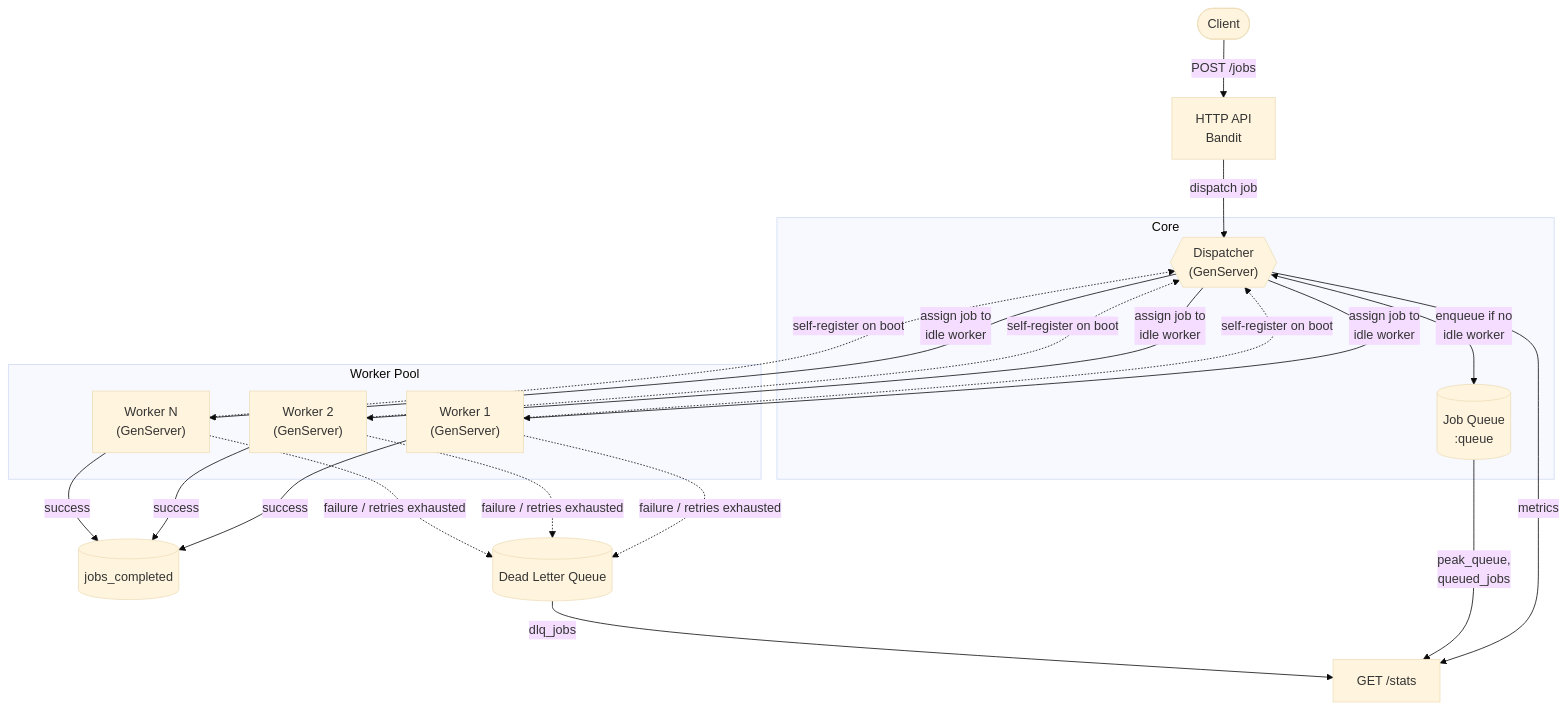
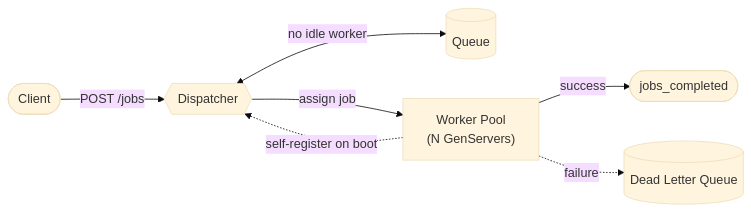
Before and after one commit to diegorezm/eljobs: the diagram in README.md, drawn with Mermaid (base theme). The commit also changed other lines of this file, not shown here.

Commit message:
better readme

````diff
--- a/README.md
+++ b/README.md
@@ -24,37 +24,9 @@
 ```mermaid
-flowchart TB
-    Client([Client]) -->|POST /jobs| HTTP[HTTP API<br/>Bandit]
-    HTTP -->|dispatch job| Dispatcher
-
-    subgraph Core["Core"]
-        Dispatcher{{"Dispatcher<br/>(GenServer)"}}
-        Queue[("Job Queue<br/>:queue")]
-        Dispatcher <-->|enqueue if no<br/>idle worker| Queue
-    end
-
-    subgraph Pool["Worker Pool"]
-        W1["Worker 1<br/>(GenServer)"]
-        W2["Worker 2<br/>(GenServer)"]
-        W3["Worker N<br/>(GenServer)"]
-    end
-
-    W1 -.->|self-register on boot| Dispatcher
-    W2 -.->|self-register on boot| Dispatcher
-    W3 -.->|self-register on boot| Dispatcher
-
-    Dispatcher -->|assign job to<br/>idle worker| W1
-    Dispatcher -->|assign job to<br/>idle worker| W2
-    Dispatcher -->|assign job to<br/>idle worker| W3
-
-    W1 -->|success| Done[("jobs_completed")]
-    W2 -->|success| Done
-    W3 -->|success| Done
-
-    W1 -.->|failure / retries exhausted| DLQ[("Dead Letter Queue")]
-    W2 -.->|failure / retries exhausted| DLQ
-    W3 -.->|failure / retries exhausted| DLQ
-
-    Dispatcher -->|metrics| Stats["GET /stats"]
-    Queue -->|peak_queue,<br/>queued_jobs| Stats
-    DLQ -->|dlq_jobs| Stats
+flowchart LR
+    Client([Client]) -->|POST /jobs| Dispatcher{{Dispatcher}}
+    Dispatcher <-->|no idle worker| Queue[(Queue)]
+    Dispatcher -->|assign job| Workers["Worker Pool<br/>(N GenServers)"]
+    Workers -.->|self-register on boot| Dispatcher
+    Workers -->|success| Done([jobs_completed])
+    Workers -.->|failure| DLQ[(Dead Letter Queue)]
 ```
````
